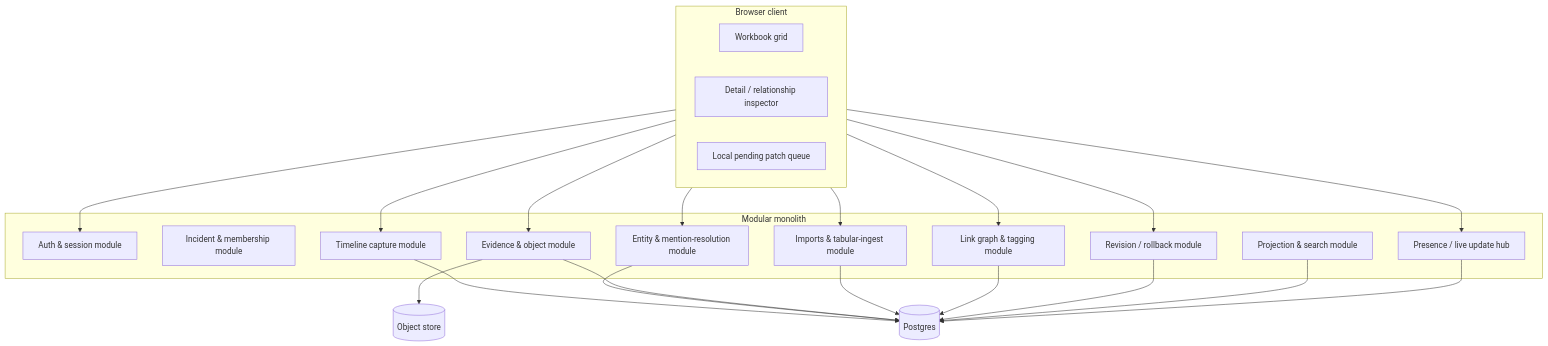
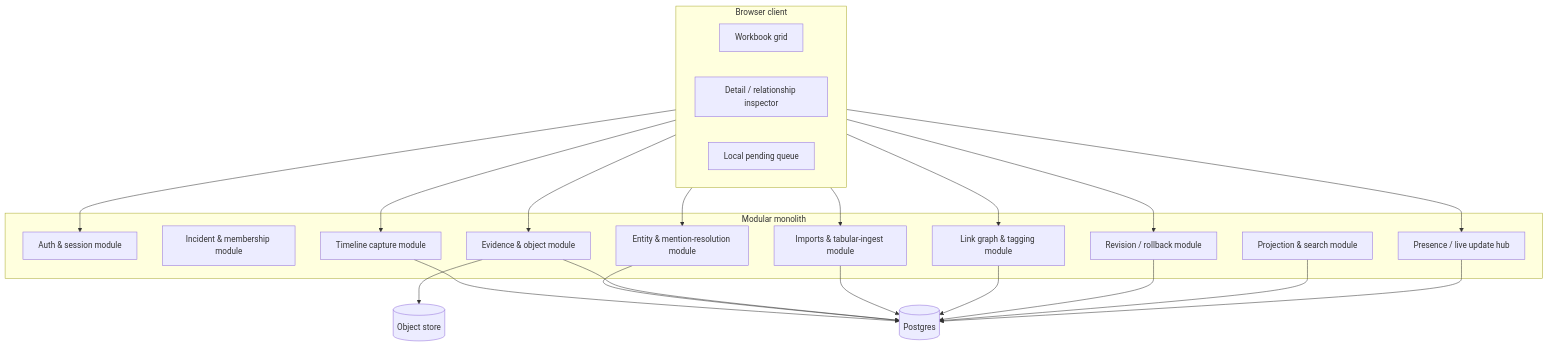
Before and after one commit to JochiRaider/Cartulary-NLspec: the second of 3 diagrams in B_architecture_diagrams_and_explanatory_source_extract.md, drawn with Mermaid. The commit also changed other lines of this file and 12 other files, not shown here.

````diff
--- a/B_architecture_diagrams_and_explanatory_source_extract.md
+++ b/B_architecture_diagrams_and_explanatory_source_extract.md
@@ -41,43 +43,43 @@
 ```mermaid
 flowchart TB
     subgraph Browser[Browser client]
         Grid[Workbook grid]
         Inspector[Detail / relationship inspector]
-        Sync[Local pending patch queue]
+        Sync[Local pending queue]
     end
 
     subgraph App[Modular monolith]
         Auth[Auth & session module]
         Incident[Incident & membership module]
         Timeline[Timeline capture module]
         Entity[Entity & mention-resolution module]
         Evidence[Evidence & object module]
         Imports[Imports & tabular-ingest module]
         Links[Link graph & tagging module]
         Revisions[Revision / rollback module]
         Projections[Projection & search module]
         Collab[Presence / live update hub]
     end
 
     PG[(Postgres)]
     OBJ[(Object store)]
 
     Browser --> Auth
     Browser --> Timeline
     Browser --> Entity
     Browser --> Evidence
     Browser --> Imports
     Browser --> Links
     Browser --> Revisions
     Browser --> Collab
 
     Timeline --> PG
     Entity --> PG
     Evidence --> PG
     Evidence --> OBJ
     Imports --> PG
     Links --> PG
     Revisions --> PG
     Projections --> PG
     Collab --> PG
 ```
````
